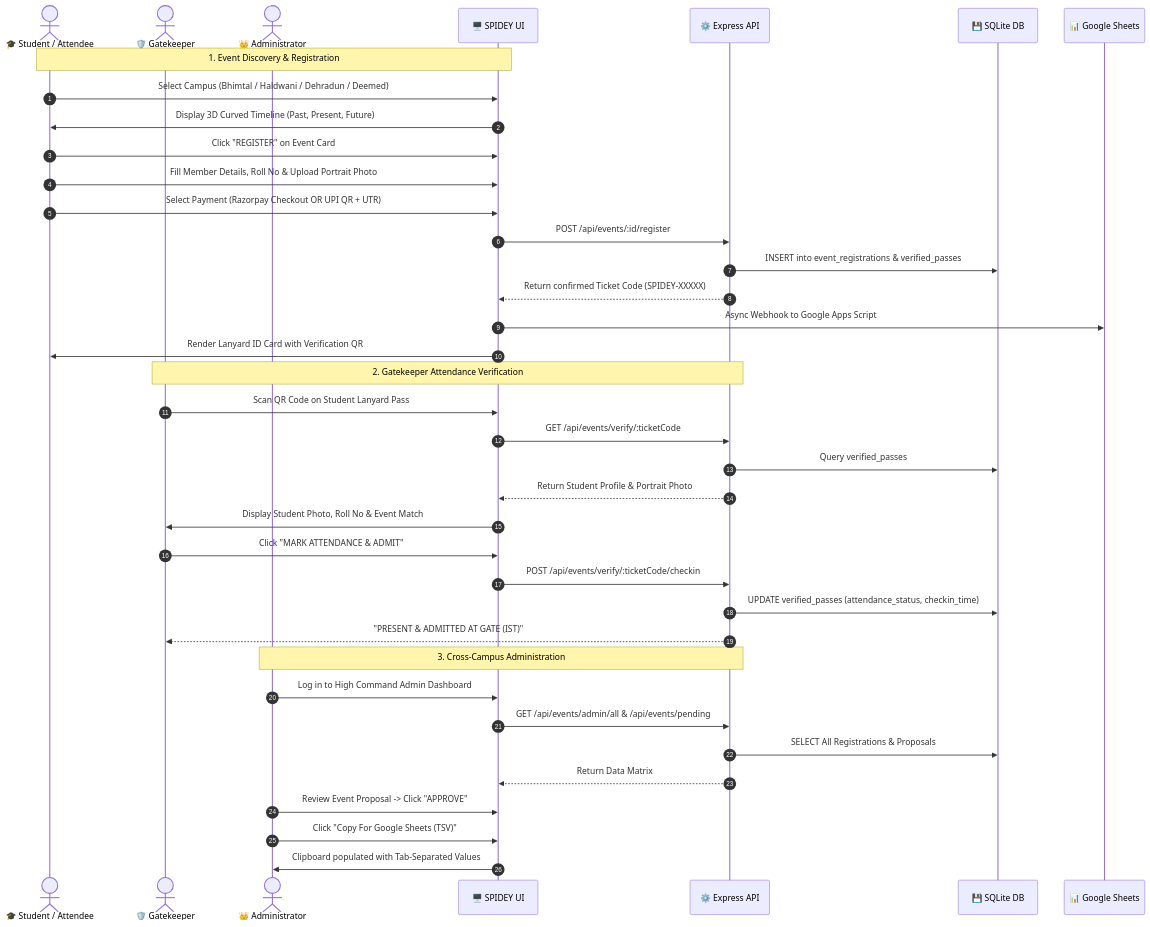
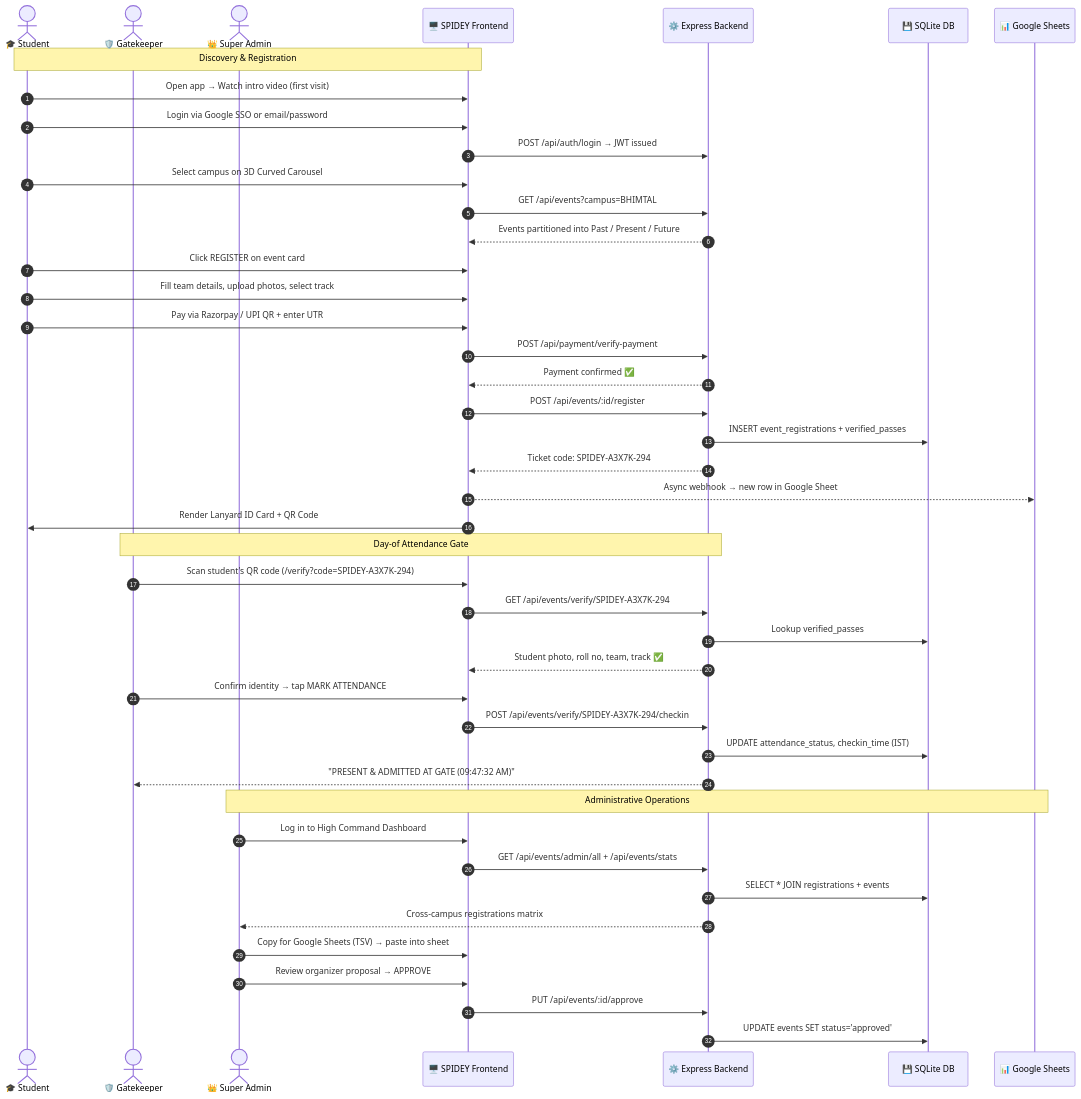
The second of 2 diagrams in README.md (ujjwalchaudharyyy/SPIDEY), drawn with Mermaid before and after one commit. The commit also changed other lines of this file, not shown here.

Commit message:
docs: enhance README with hero header, collapsible features, event archive table, and visual improvements

````diff
--- a/README.md
+++ b/README.md
@@ -653,46 +736,52 @@
 ```mermaid
 sequenceDiagram
     autonumber
-    actor Student as 🎓 Student / Attendee
-    actor Gate as 🛡️ Gatekeeper
-    actor Admin as 👑 Administrator
-    participant Frontend as 🖥️ SPIDEY UI
-    participant Backend as ⚙️ Express API
+    actor S as 🎓 Student
+    actor G as 🛡️ Gatekeeper
+    actor A as 👑 Super Admin
+    participant FE as 🖥️ SPIDEY Frontend
+    participant BE as ⚙️ Express Backend
     participant DB as 💾 SQLite DB
-    participant Sheets as 📊 Google Sheets
+    participant GS as 📊 Google Sheets
 
-    %% Registration Workflow
-    Note over Student, Frontend: 1. Event Discovery & Registration
-    Student->>Frontend: Select Campus (Bhimtal / Haldwani / Dehradun / Deemed)
-    Frontend->>Student: Display 3D Curved Timeline (Past, Present, Future)
-    Student->>Frontend: Click "REGISTER" on Event Card
-    Student->>Frontend: Fill Member Details, Roll No & Upload Portrait Photo
-    Student->>Frontend: Select Payment (Razorpay Checkout OR UPI QR + UTR)
-    Frontend->>Backend: POST /api/events/:id/register
-    Backend->>DB: INSERT into event_registrations & verified_passes
-    Backend-->>Frontend: Return confirmed Ticket Code (SPIDEY-XXXXX)
-    Frontend->>Sheets: Async Webhook to Google Apps Script
-    Frontend->>Student: Render Lanyard ID Card with Verification QR
+    Note over S, FE: Discovery & Registration
 
-    %% Verification Workflow
-    Note over Gate, Backend: 2. Gatekeeper Attendance Verification
-    Gate->>Frontend: Scan QR Code on Student Lanyard Pass
-    Frontend->>Backend: GET /api/events/verify/:ticketCode
-    Backend->>DB: Query verified_passes
-    Backend-->>Frontend: Return Student Profile & Portrait Photo
-    Frontend->>Gate: Display Student Photo, Roll No & Event Match
-    Gate->>Frontend: Click "MARK ATTENDANCE & ADMIT"
-    Frontend->>Backend: POST /api/events/verify/:ticketCode/checkin
-    Backend->>DB: UPDATE verified_passes (attendance_status, checkin_time)
-    Backend-->>Gate: "PRESENT & ADMITTED AT GATE (IST)"
+    S->>FE: Open app → Watch intro video (first visit)
+    S->>FE: Login via Google SSO or email/password
+    FE->>BE: POST /api/auth/login → JWT issued
+    S->>FE: Select campus on 3D Curved Carousel
+    FE->>BE: GET /api/events?campus=BHIMTAL
+    BE-->>FE: Events partitioned into Past / Present / Future
+    S->>FE: Click REGISTER on event card
+    S->>FE: Fill team details, upload photos, select track
+    S->>FE: Pay via Razorpay / UPI QR + enter UTR
+    FE->>BE: POST /api/payment/verify-payment
+    BE-->>FE: Payment confirmed ✅
+    FE->>BE: POST /api/events/:id/register
+    BE->>DB: INSERT event_registrations + verified_passes
+    BE-->>FE: Ticket code: SPIDEY-A3X7K-294
+    FE-->>GS: Async webhook → new row in Google Sheet
+    FE->>S: Render Lanyard ID Card + QR Code
 
-    %% Admin Workflow
-    Note over Admin, Backend: 3. Cross-Campus Administration
-    Admin->>Frontend: Log in to High Command Admin Dashboard
-    Frontend->>Backend: GET /api/events/admin/all & /api/events/pending
-    Backend->>DB: SELECT All Registrations & Proposals
-    Backend-->>Frontend: Return Data Matrix
-    Admin->>Frontend: Review Event Proposal -> Click "APPROVE"
-    Admin->>Frontend: Click "Copy For Google Sheets (TSV)"
-    Frontend->>Admin: Clipboard populated with Tab-Separated Values
+    Note over G, BE: Day-of Attendance Gate
+
+    G->>FE: Scan student's QR code (/verify?code=SPIDEY-A3X7K-294)
+    FE->>BE: GET /api/events/verify/SPIDEY-A3X7K-294
+    BE->>DB: Lookup verified_passes
+    BE-->>FE: Student photo, roll no, team, track ✅
+    G->>FE: Confirm identity → tap MARK ATTENDANCE
+    FE->>BE: POST /api/events/verify/SPIDEY-A3X7K-294/checkin
+    BE->>DB: UPDATE attendance_status, checkin_time (IST)
+    BE-->>G: "PRESENT & ADMITTED AT GATE (09:47:32 AM)"
+
+    Note over A, GS: Administrative Operations
+
+    A->>FE: Log in to High Command Dashboard
+    FE->>BE: GET /api/events/admin/all + /api/events/stats
+    BE->>DB: SELECT * JOIN registrations + events
+    BE-->>A: Cross-campus registrations matrix
+    A->>FE: Copy for Google Sheets (TSV) → paste into sheet
+    A->>FE: Review organizer proposal → APPROVE
+    FE->>BE: PUT /api/events/:id/approve
+    BE->>DB: UPDATE events SET status='approved'
 ```
````
